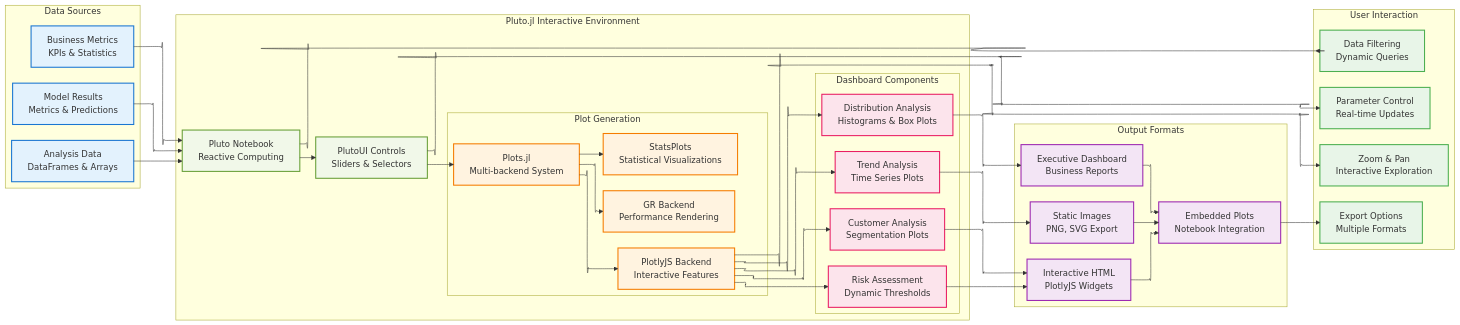
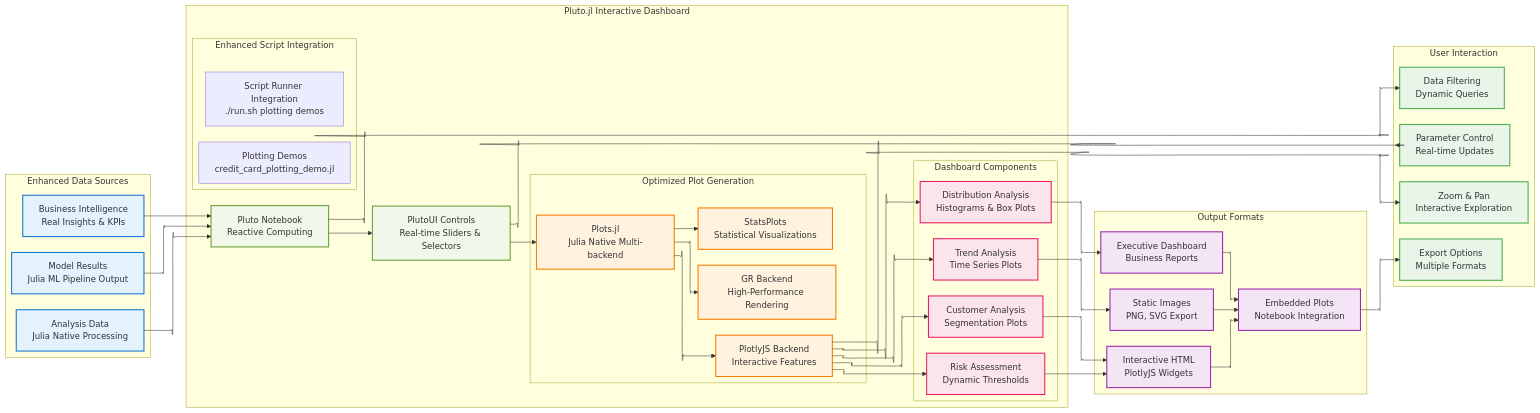
Before and after one commit to rljonesiii/datamind: the fifth of 8 diagrams in docs/architecture_diagrams.md, drawn with Mermaid. The commit also changed other lines of this file and 119 other files, not shown here.

````diff
--- a/docs/architecture_diagrams.md
+++ b/docs/architecture_diagrams.md
@@ -457,23 +460,27 @@
 ```mermaid
 %%{init: {"flowchart": {"htmlLabels": true, "curve": "cardinal", "useMaxWidth": true}, "layout": "elk"}}%%
 graph LR
-    subgraph "Data Sources"
-        DATA["Analysis Data<br/>DataFrames & Arrays"]
-        MODELS["Model Results<br/>Metrics & Predictions"]
-        METRICS["Business Metrics<br/>KPIs & Statistics"]
+    subgraph "Enhanced Data Sources"
+        DATA["Analysis Data<br/>Julia Native Processing"]
+        MODELS["Model Results<br/>Julia ML Pipeline Output"]
+        METRICS["Business Intelligence<br/>Real Insights & KPIs"]
     end
     
-    subgraph "Pluto.jl Interactive Environment"
+    subgraph "Pluto.jl Interactive Dashboard"
         NOTEBOOK["Pluto Notebook<br/>Reactive Computing"]
-        UI["PlutoUI Controls<br/>Sliders & Selectors"]
+        UI["PlutoUI Controls<br/>Real-time Sliders & Selectors"]
         
-        subgraph "Plot Generation"
-            PLOTS["Plots.jl<br/>Multi-backend System"]
+        subgraph "Optimized Plot Generation"
+            PLOTS["Plots.jl<br/>Julia Native Multi-backend"]
             PLOTLY["PlotlyJS Backend<br/>Interactive Features"]
-            GR["GR Backend<br/>Performance Rendering"]
+            GR["GR Backend<br/>High-Performance Rendering"]
             STATS["StatsPlots<br/>Statistical Visualizations"]
         end
         
+        subgraph "Enhanced Script Integration"
+            RUNNER["Script Runner Integration<br/>./run.sh plotting demos"]
+            DEMOS["Plotting Demos<br/>credit_card_plotting_demo.jl"]
+        end
         subgraph "Dashboard Components"
             RISK["Risk Assessment<br/>Dynamic Thresholds"]
             VALUE["Customer Analysis<br/>Segmentation Plots"]
````
